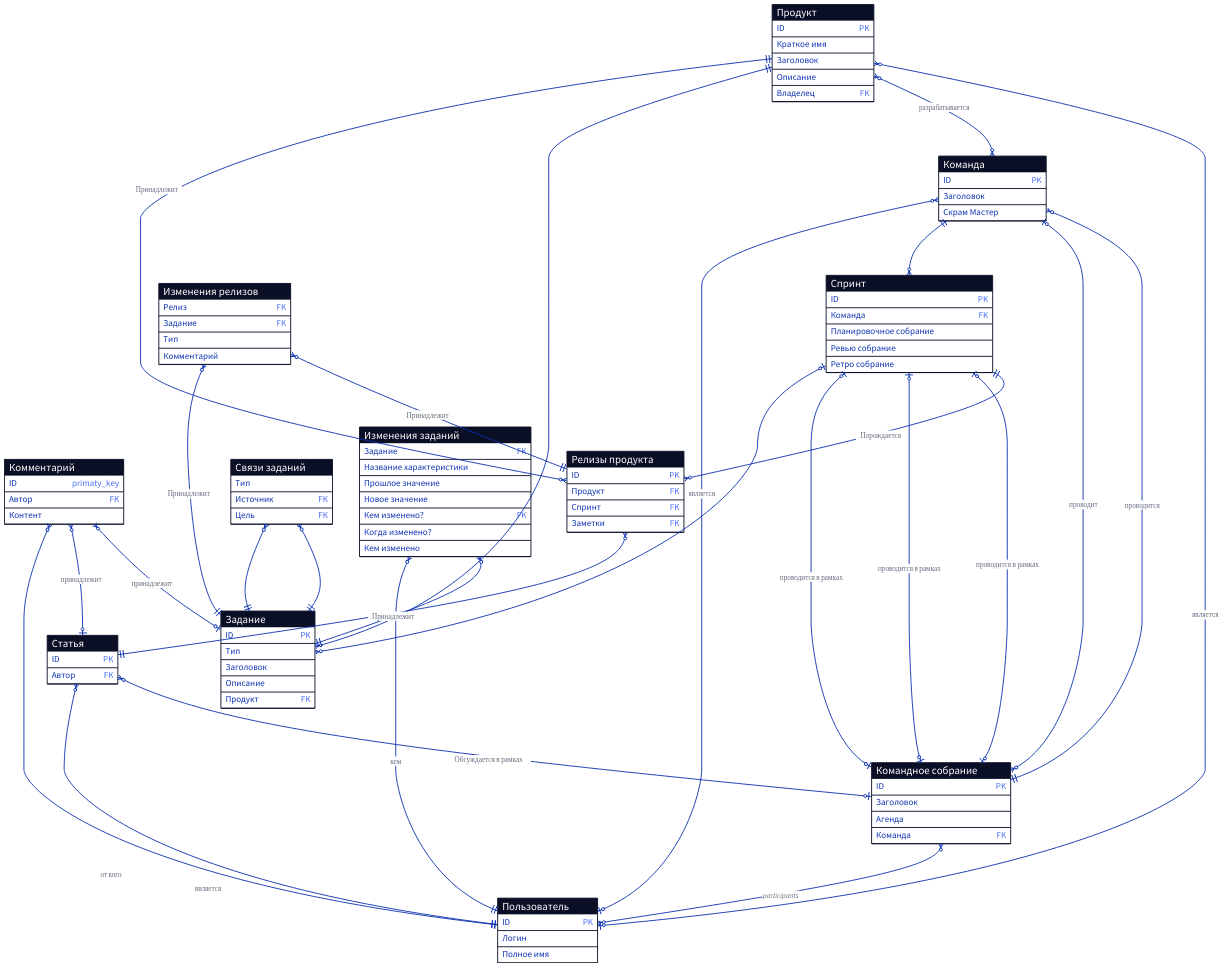
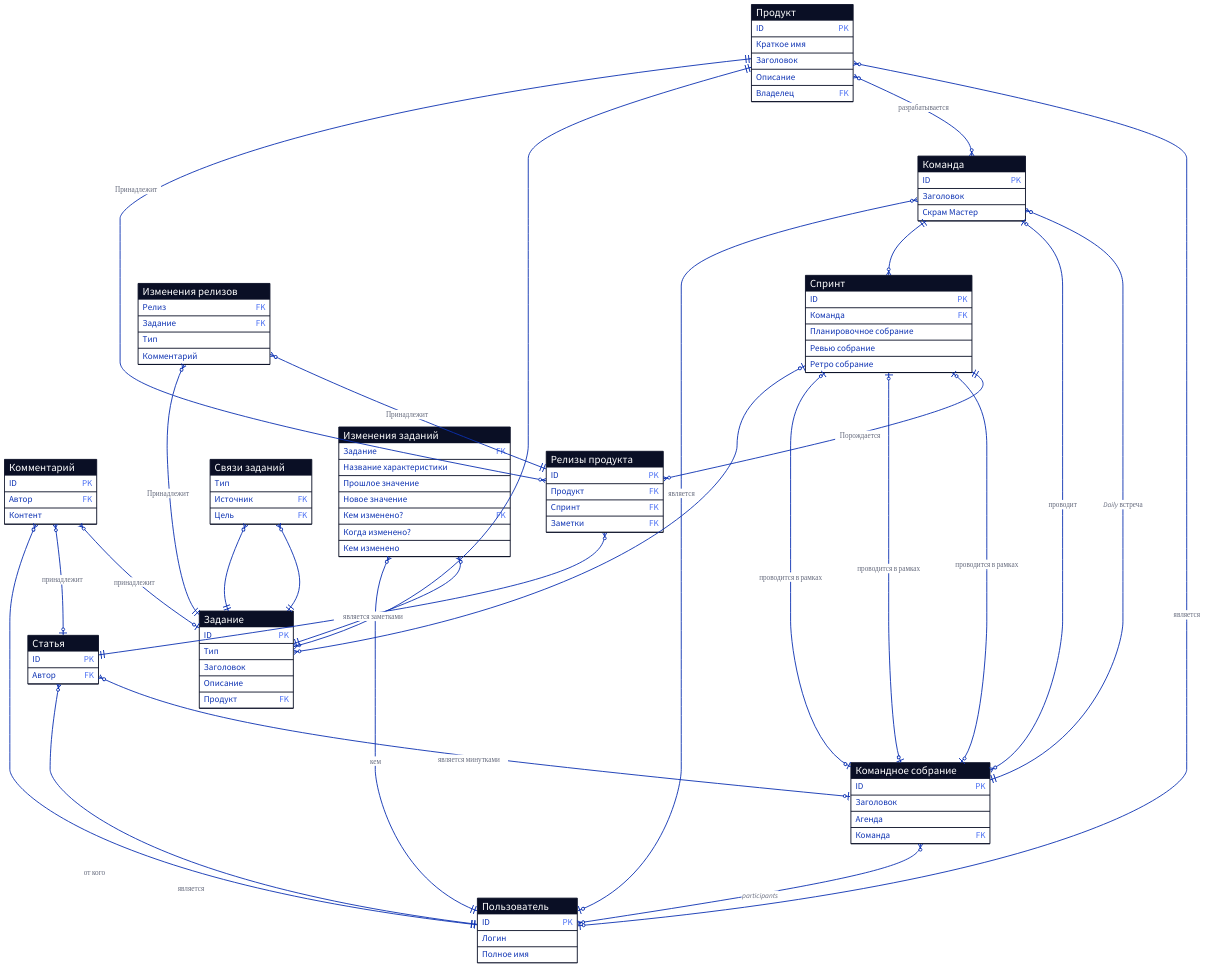
Before and after one commit to forafox/Zadachnik: the diagram in docs/infological.d2, drawn with D2.

Commit message:
fix relations

```diff
--- a/docs/infological.d2
+++ b/docs/infological.d2
@@ -29,7 +29,7 @@
 
 Комментарий: {
   shape: sql_table
-  ID {constraint: primaty_key}
+  ID {constraint: primary_key}
   Автор {constraint: foreign_key}
   Контент
 }
@@ -56,7 +56,7 @@
   Заметки {constraint: foreign_key}
 }
 
-"Релизы продукта".Заметки <-> Статья: Принадлежит {
+"Релизы продукта".Заметки <-> Статья: является заметками {
   source-arrowhead: {
     shape: cf-many
   }
@@ -109,7 +109,7 @@
   }
 }
 
-Статья <-> "Командное собрание": Обсуждается в рамках{
+Статья <-> "Командное собрание": является минутками {
   source-arrowhead: {
     shape: cf-many
   }
@@ -127,7 +127,7 @@
   }
 }
 
-Команда <-> "Командное собрание".Команда: проводится{
+Команда <-> "Командное собрание".Команда: Daily встреча {
   source-arrowhead: {
     shape: cf-many
   }
```
